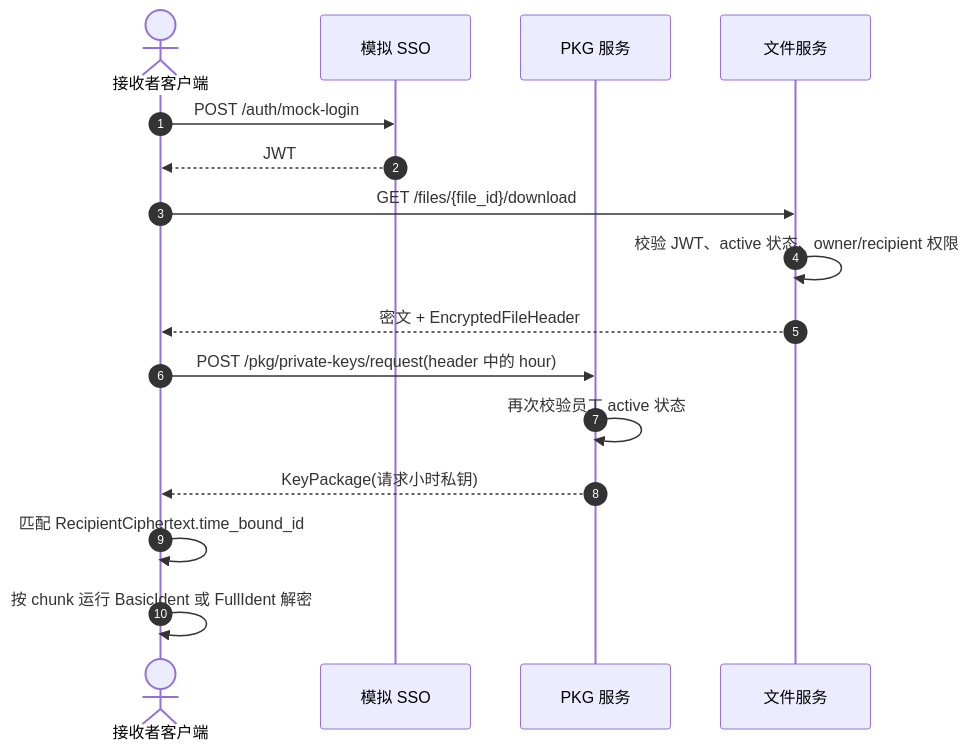
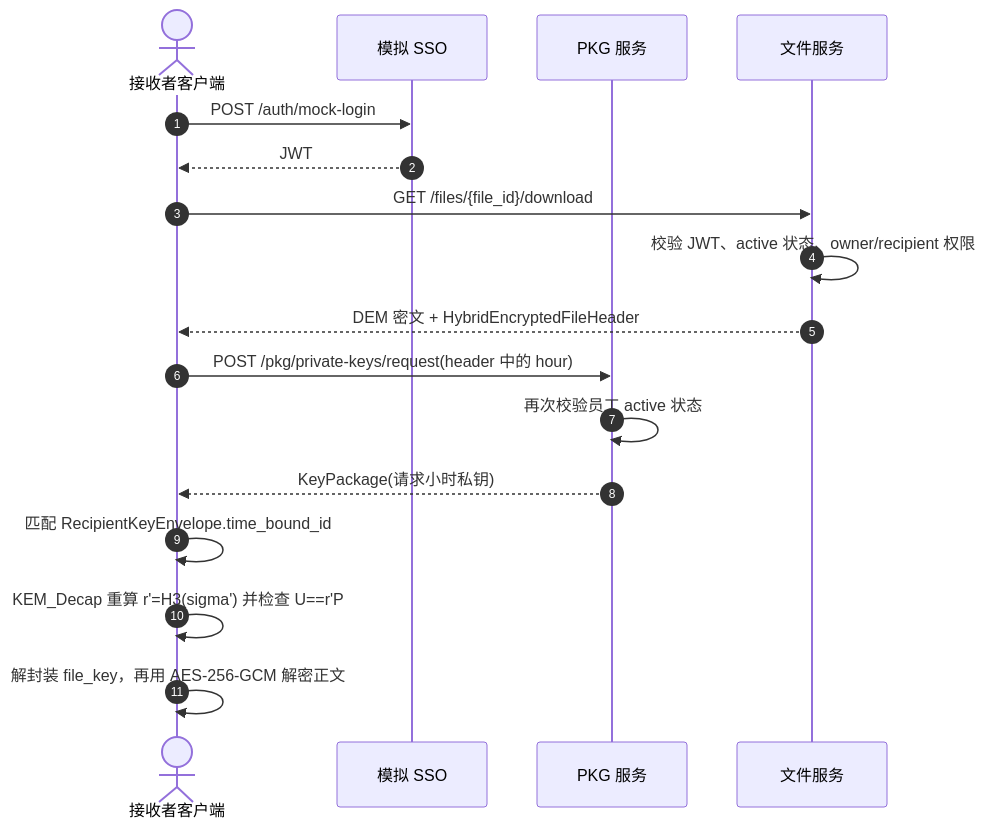
Before and after one commit to firfisa/BF-IBE: the fourth of 8 diagrams in docs/diagrams.md, drawn with Mermaid. The commit also changed other lines of this file and 18 other files, not shown here.

````diff
--- a/docs/diagrams.md
+++ b/docs/diagrams.md
@@ -66,19 +66,20 @@
 ```mermaid
 sequenceDiagram
   autonumber
   actor Receiver as 接收者客户端
   participant SSO as 模拟 SSO
   participant PKG as PKG 服务
   participant FS as 文件服务
 
   Receiver->>SSO: POST /auth/mock-login
   SSO-->>Receiver: JWT
   Receiver->>FS: GET /files/{file_id}/download
   FS->>FS: 校验 JWT、active 状态、owner/recipient 权限
-  FS-->>Receiver: 密文 + EncryptedFileHeader
+  FS-->>Receiver: DEM 密文 + HybridEncryptedFileHeader
   Receiver->>PKG: POST /pkg/private-keys/request(header 中的 hour)
   PKG->>PKG: 再次校验员工 active 状态
   PKG-->>Receiver: KeyPackage(请求小时私钥)
-  Receiver->>Receiver: 匹配 RecipientCiphertext.time_bound_id
-  Receiver->>Receiver: 按 chunk 运行 BasicIdent 或 FullIdent 解密
+  Receiver->>Receiver: 匹配 RecipientKeyEnvelope.time_bound_id
+  Receiver->>Receiver: KEM_Decap 重算 r'=H3(sigma') 并检查 U==r'P
+  Receiver->>Receiver: 解封装 file_key，再用 AES-256-GCM 解密正文
 ```
````
